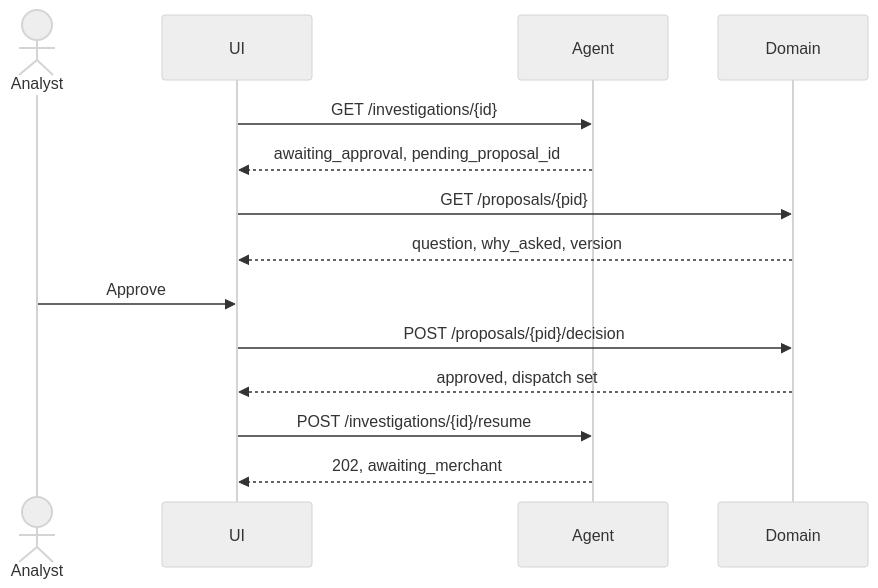
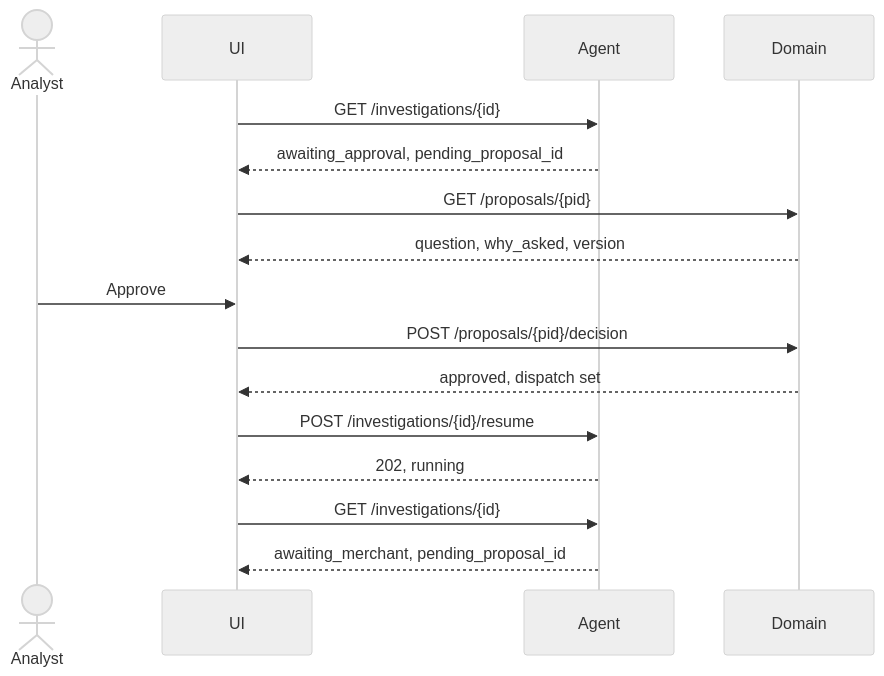
One commit to Beaconfire-GenAI-Sep26/retail-internal-ai-agent changed the second of 3 diagrams in docs/ui-workflow.md. Above: the diagram before and after it, drawn with Mermaid (neutral theme). The commit also changed 25 other files, not shown here.

````diff
--- a/docs/ui-workflow.md
+++ b/docs/ui-workflow.md
@@ -288,16 +288,18 @@
 ```mermaid
 sequenceDiagram
   actor A as Analyst
   participant UI
   participant Agent
   participant Domain
   UI->>Agent: GET /investigations/{id}
   Agent-->>UI: awaiting_approval, pending_proposal_id
   UI->>Domain: GET /proposals/{pid}
   Domain-->>UI: question, why_asked, version
   A->>UI: Approve
   UI->>Domain: POST /proposals/{pid}/decision
   Domain-->>UI: approved, dispatch set
   UI->>Agent: POST /investigations/{id}/resume
-  Agent-->>UI: 202, awaiting_merchant
+  Agent-->>UI: 202, running
+  UI->>Agent: GET /investigations/{id}
+  Agent-->>UI: awaiting_merchant, pending_proposal_id
 ```
````
